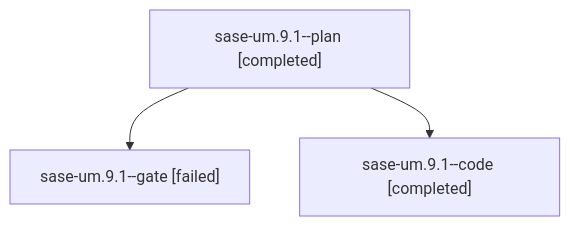
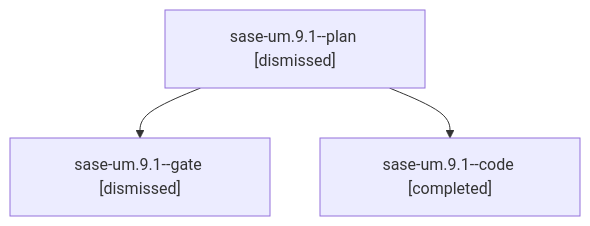
Before and after one commit to sase-org/sase--agents: the diagram in families/bbugyi200.athena.sase-um.9.1.md, drawn with Mermaid. The commit also changed other lines of this file and 336 other files, not shown here.

````diff
--- a/families/bbugyi200.athena.sase-um.9.1.md
+++ b/families/bbugyi200.athena.sase-um.9.1.md
@@ -9,8 +9,8 @@
 ```mermaid
 flowchart TD
-  n0["sase-um.9.1--plan [completed]"]
-  n1["sase-um.9.1--gate [failed]"]
+  n0["sase-um.9.1--plan [dismissed]"]
+  n1["sase-um.9.1--gate [dismissed]"]
   n0 --> n1
   n2["sase-um.9.1--code [completed]"]
   n0 --> n2
 ```
````
